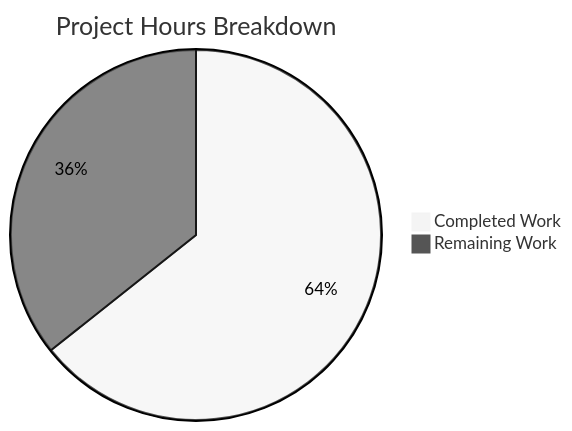
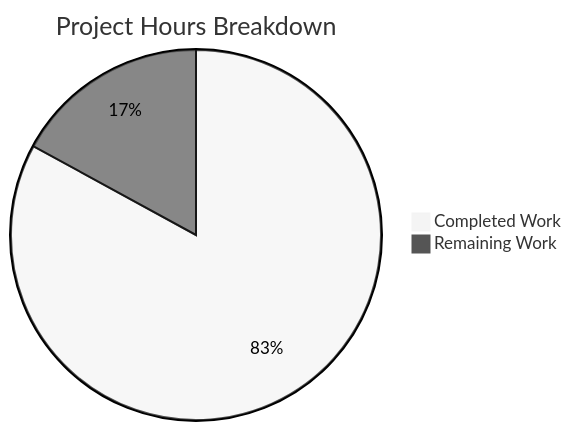
Before and after one commit to blitzy-public-samples/frappe: the second of 3 diagrams in blitzy/documentation/Project Guide.md, drawn with Mermaid (neutral theme). The commit also changed other lines of this file, not shown here.

Commit message:
Adding Blitzy Project Guide: Project Status and Human Tasks Remaining

````diff
--- a/blitzy/documentation/Project Guide.md
+++ b/blitzy/documentation/Project Guide.md
@@ -225,5 +242,5 @@
 ```mermaid
 pie title Project Hours Breakdown
-    "Completed Work" : 164
-    "Remaining Work" : 91
+    "Completed Work" : 297
+    "Remaining Work" : 61
 ```
````
